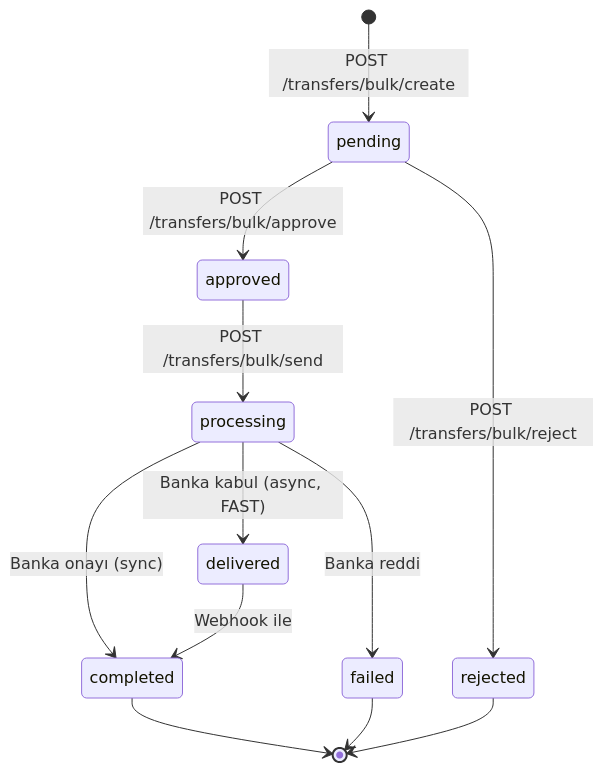
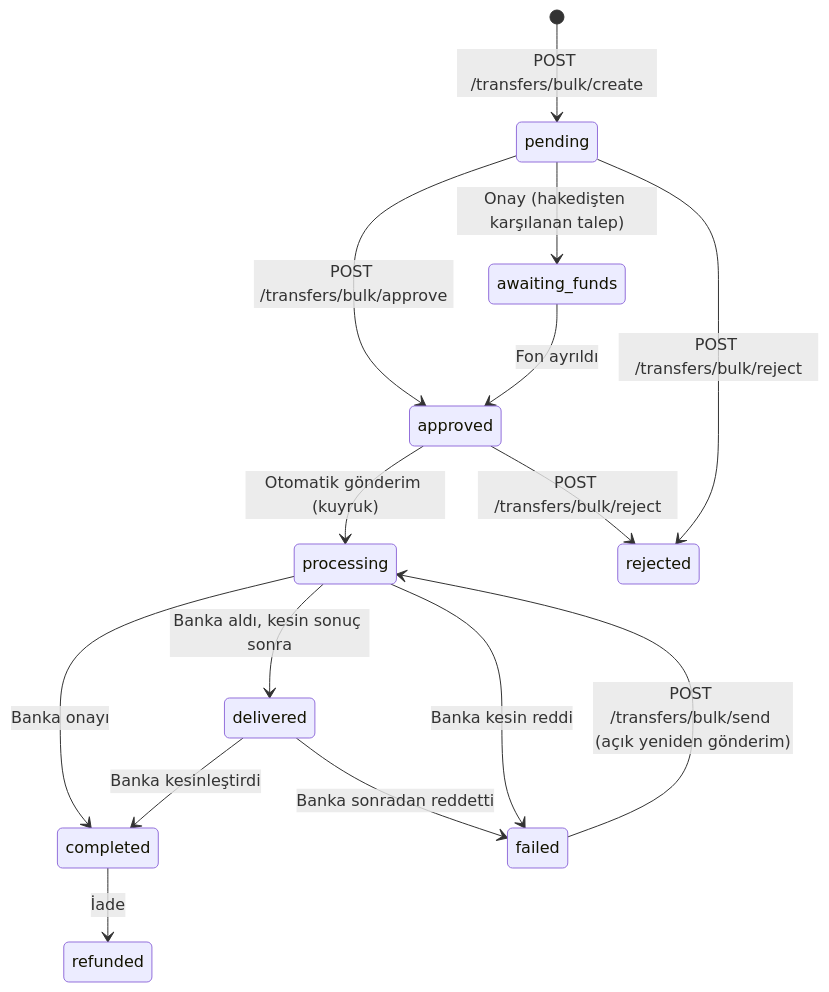
Before and after one commit to payment-pos/mintlify: the diagram in para-transferi/overview.mdx, drawn with Mermaid. The commit also changed other lines of this file and 13 other files, not shown here.

````diff
--- a/para-transferi/overview.mdx
+++ b/para-transferi/overview.mdx
@@ -40,14 +40,17 @@
 ```mermaid
 stateDiagram-v2
     [*] --> pending: POST /transfers/bulk/create
     pending --> approved: POST /transfers/bulk/approve
-    approved --> processing: POST /transfers/bulk/send
-    processing --> completed: Banka onayı (sync)
-    processing --> delivered: Banka kabul (async, FAST)
-    processing --> failed: Banka reddi
-    delivered --> completed: Webhook ile
-    completed --> [*]
-    failed --> [*]
+    pending --> awaiting_funds: Onay (hakedişten karşılanan talep)
+    awaiting_funds --> approved: Fon ayrıldı
+    approved --> processing: Otomatik gönderim (kuyruk)
+    processing --> completed: Banka onayı
+    processing --> delivered: Banka aldı, kesin sonuç sonra
+    processing --> failed: Banka kesin reddi
+    delivered --> completed: Banka kesinleştirdi
+    delivered --> failed: Banka sonradan reddetti
+    failed --> processing: POST /transfers/bulk/send (açık yeniden gönderim)
+    completed --> refunded: İade
     pending --> rejected: POST /transfers/bulk/reject
-    rejected --> [*]
+    approved --> rejected: POST /transfers/bulk/reject
 ```
````
